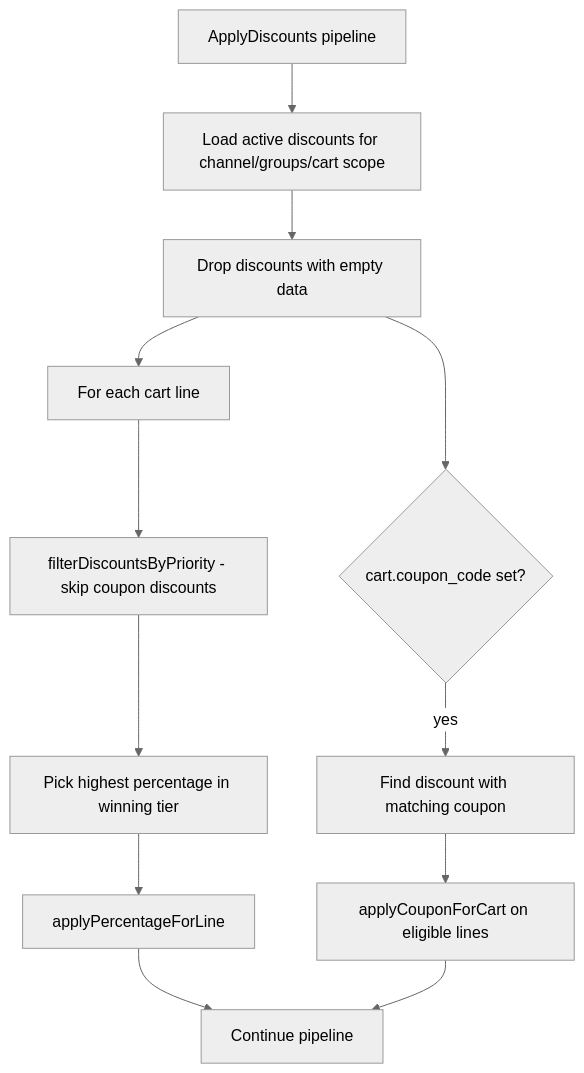
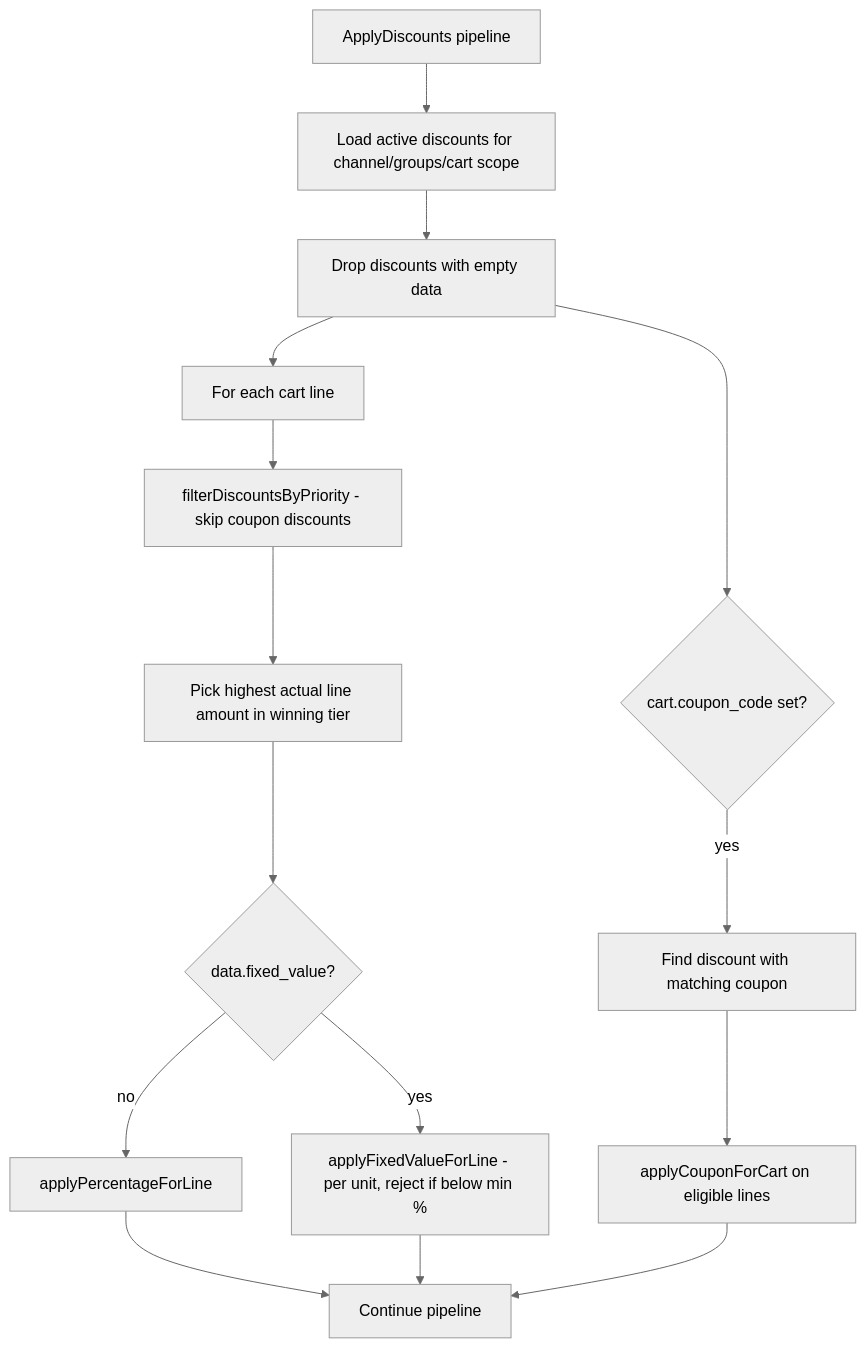
Before and after one commit to minicstudio/lunar: the second of 2 diagrams in docs/design/pricing_and_discounts.md, drawn with Mermaid (neutral theme). The commit also changed other lines of this file and 14 other files, not shown here.

````diff
--- a/docs/design/pricing_and_discounts.md
+++ b/docs/design/pricing_and_discounts.md
@@ -181,14 +189,17 @@
 ```mermaid
 flowchart TD
   Start[ApplyDiscounts pipeline] --> Load[Load active discounts for channel/groups/cart scope]
   Load --> Filter[Drop discounts with empty data]
   Filter --> Auto[For each cart line]
   Auto --> Priority[filterDiscountsByPriority - skip coupon discounts]
-  Priority --> One[Pick highest percentage in winning tier]
-  One --> LineApply[applyPercentageForLine]
+  Priority --> One[Pick highest actual line amount in winning tier]
+  One --> Fixed{data.fixed_value?}
+  Fixed -->|yes| FixedLineApply[applyFixedValueForLine - per unit, reject if below min %]
+  Fixed -->|no| LineApply[applyPercentageForLine]
   Filter --> Coupon{cart.coupon_code set?}
   Coupon -->|yes| Match[Find discount with matching coupon]
   Match --> CartApply[applyCouponForCart on eligible lines]
   LineApply --> Next[Continue pipeline]
+  FixedLineApply --> Next
   CartApply --> Next
 ```
````
